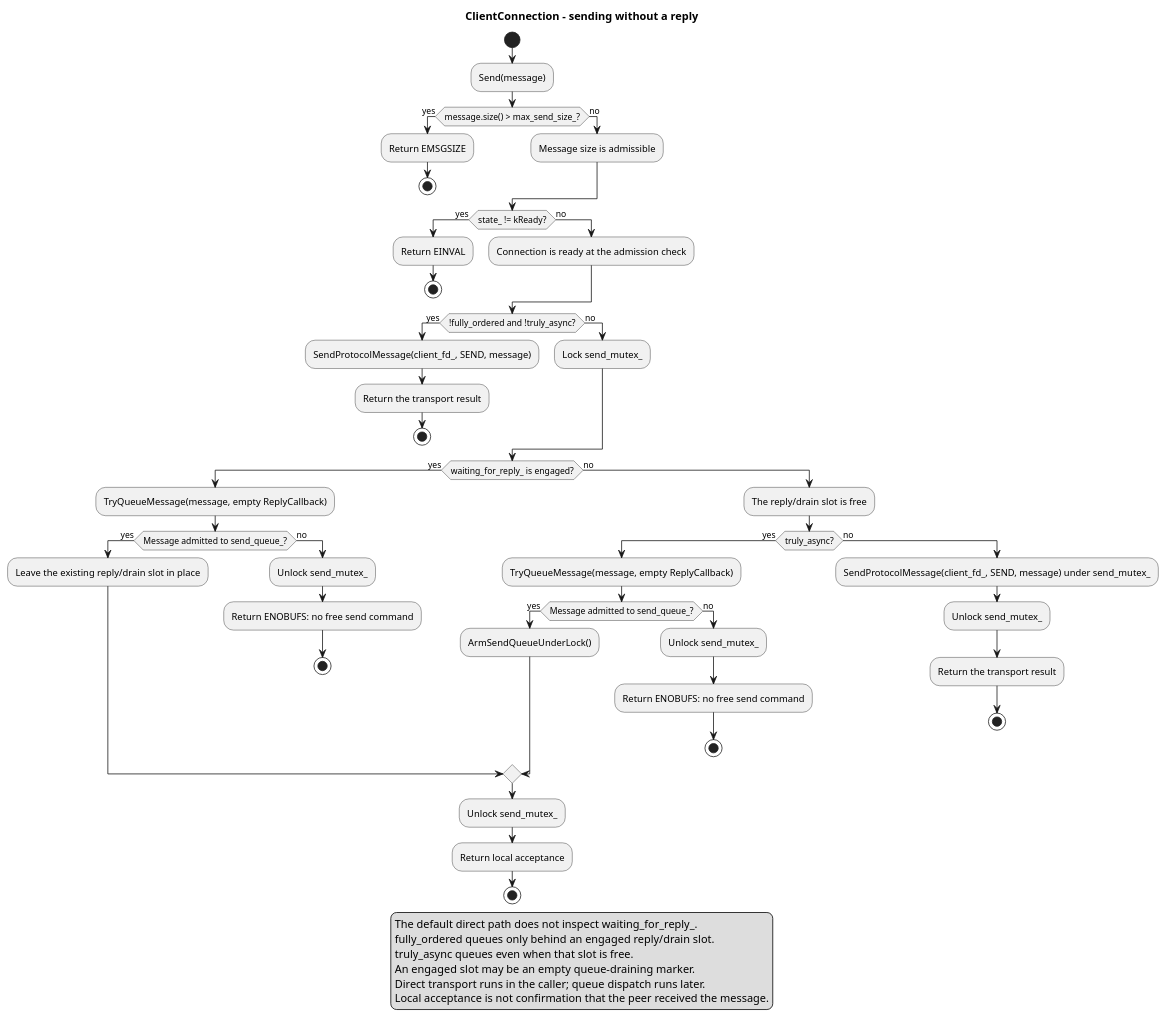
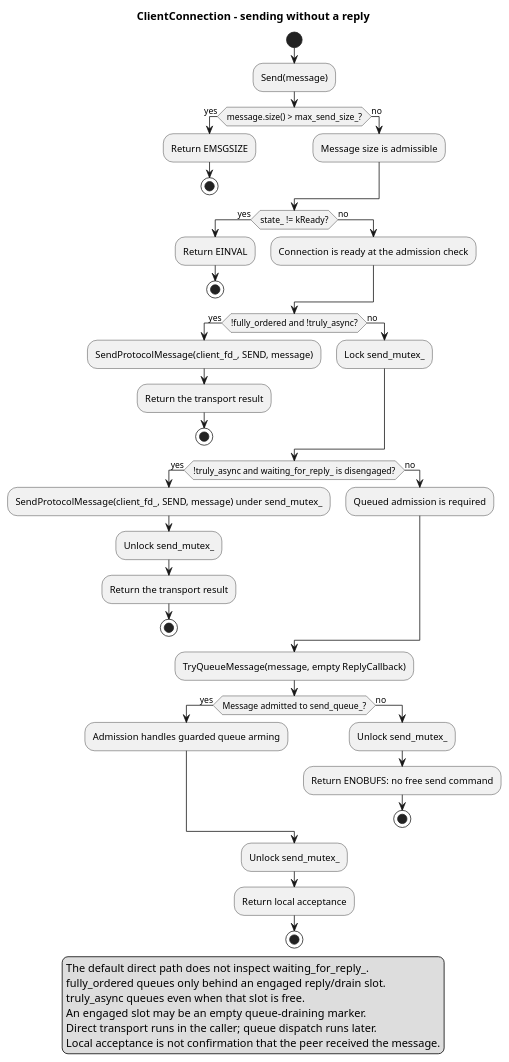
Before and after one commit to eclipse-score/communication: the diagram in score/message_passing/dependability/software_unit_design/client_connection_send_activity.puml, drawn with PlantUML. The commit also changed 18 other files, not shown here.

```diff
--- a/score/message_passing/dependability/software_unit_design/client_connection_send_activity.puml
+++ b/score/message_passing/dependability/software_unit_design/client_connection_send_activity.puml
@@ -1,68 +1,58 @@
 @startuml client_connection_send_activity
 title ClientConnection - sending without a reply
 
 start
 :Send(message);
 if (message.size() > max_send_size_?) then (yes)
     :Return EMSGSIZE;
     stop
 else (no)
     :Message size is admissible;
 endif
 if (state_ != kReady?) then (yes)
     :Return EINVAL;
     stop
 else (no)
     :Connection is ready at the admission check;
 endif
 
 if (!fully_ordered and !truly_async?) then (yes)
     :SendProtocolMessage(client_fd_, SEND, message);
     :Return the transport result;
     stop
 else (no)
     :Lock send_mutex_;
 endif
 
-if (waiting_for_reply_ is engaged?) then (yes)
-    :TryQueueMessage(message, empty ReplyCallback);
-    if (Message admitted to send_queue_?) then (yes)
-        :Leave the existing reply/drain slot in place;
-    else (no)
-        :Unlock send_mutex_;
-        :Return ENOBUFS: no free send command;
-        stop
-    endif
+if (!truly_async and waiting_for_reply_ is disengaged?) then (yes)
+    :SendProtocolMessage(client_fd_, SEND, message) under send_mutex_;
+    :Unlock send_mutex_;
+    :Return the transport result;
+    stop
 else (no)
-    :The reply/drain slot is free;
-    if (truly_async?) then (yes)
-        :TryQueueMessage(message, empty ReplyCallback);
-        if (Message admitted to send_queue_?) then (yes)
-            :ArmSendQueueUnderLock();
-        else (no)
-            :Unlock send_mutex_;
-            :Return ENOBUFS: no free send command;
-            stop
-        endif
-    else (no)
-        :SendProtocolMessage(client_fd_, SEND, message) under send_mutex_;
-        :Unlock send_mutex_;
-        :Return the transport result;
-        stop
-    endif
+    :Queued admission is required;
+endif
+
+:TryQueueMessage(message, empty ReplyCallback);
+if (Message admitted to send_queue_?) then (yes)
+    :Admission handles guarded queue arming;
+else (no)
+    :Unlock send_mutex_;
+    :Return ENOBUFS: no free send command;
+    stop
 endif
 
 :Unlock send_mutex_;
 :Return local acceptance;
 stop
 
 legend
     The default direct path does not inspect waiting_for_reply_.
     fully_ordered queues only behind an engaged reply/drain slot.
     truly_async queues even when that slot is free.
     An engaged slot may be an empty queue-draining marker.
     Direct transport runs in the caller; queue dispatch runs later.
     Local acceptance is not confirmation that the peer received the message.
 endlegend
 
 @enduml
```
